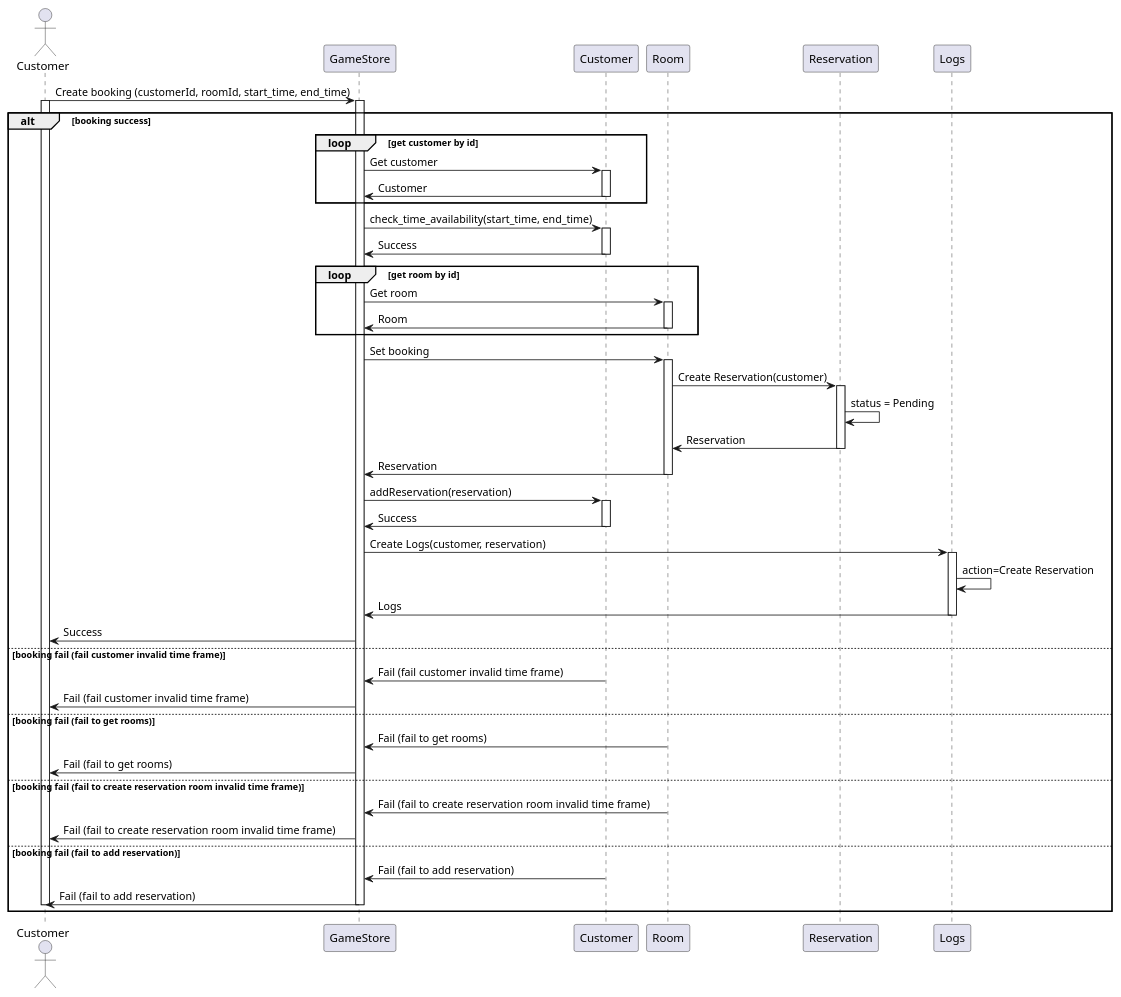
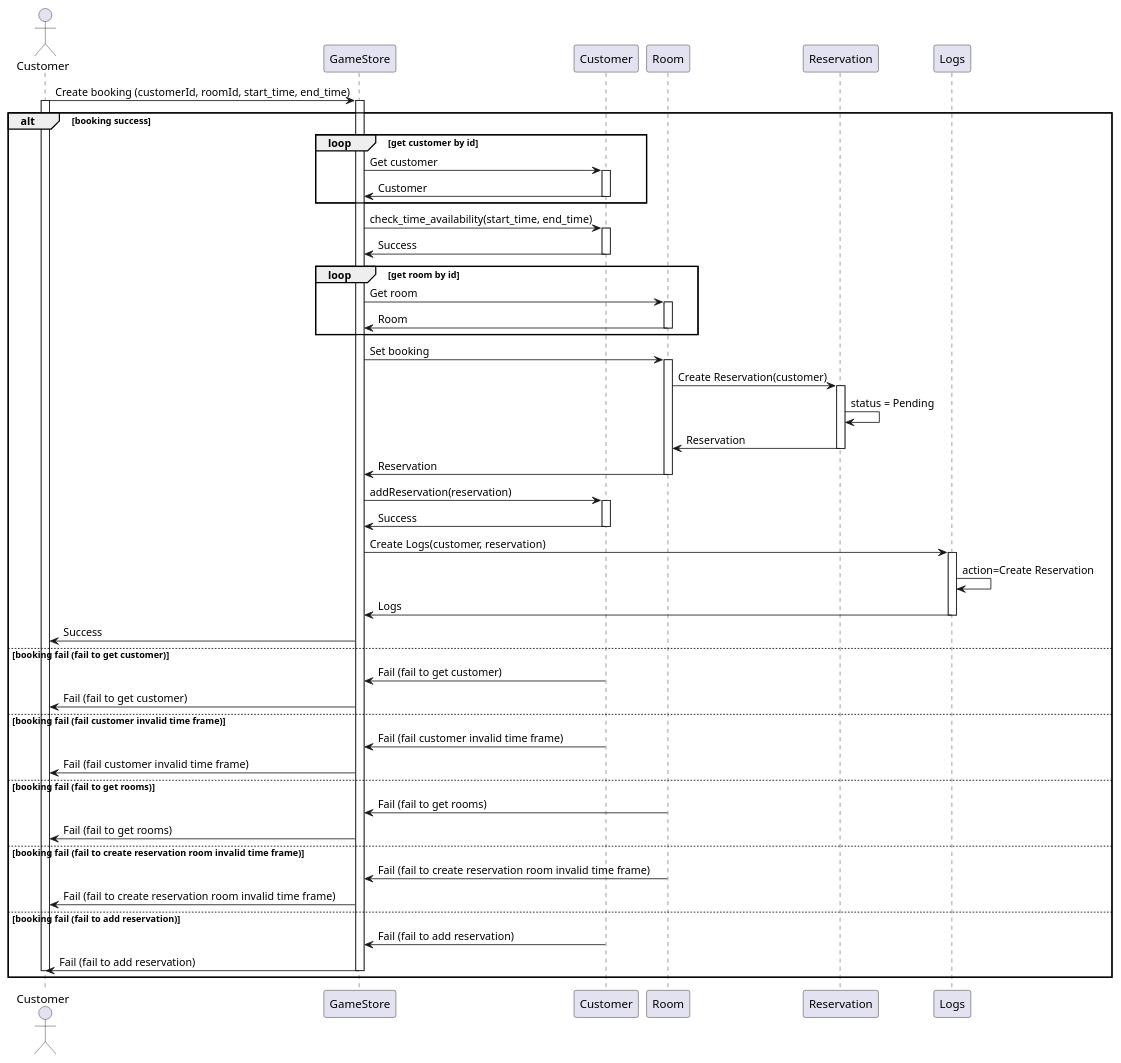
The diagram in Lab #8 sequence diagram/diagram/booking.puml (WaroonRagwongsiri/OOP), drawn with PlantUML before and after one commit.

Commit message:
update booking.puml add else for no customer

```diff
--- a/Lab #8 sequence diagram/diagram/booking.puml
+++ b/Lab #8 sequence diagram/diagram/booking.puml
@@ -1,95 +1,100 @@
 @startuml UsecaseSequenceDiagram
 
 actor Customer as A_Customer
 
 participant GameStore
 participant Customer as P_Customer
 participant Room
 participant Reservation
 participant Logs
 
 A_Customer -> GameStore : Create booking (customerId, roomId, start_time, end_time)
 activate A_Customer
 activate GameStore
 
 alt booking success
 
 	loop get customer by id
 
 		GameStore -> P_Customer: Get customer
 		activate P_Customer
 
 		P_Customer -> GameStore : Customer
 		deactivate P_Customer
 
 	end
 
 	GameStore -> P_Customer : check_time_availability(start_time, end_time)
 	activate P_Customer
 
 	P_Customer -> GameStore : Success
 	deactivate P_Customer
 
 	loop get room by id
 
 		GameStore -> Room : Get room
 		activate Room
 
 		Room -> GameStore : Room
 		deactivate Room
 
 	end
 
 	GameStore -> Room : Set booking
 	activate Room
 
 	Room -> Reservation : Create Reservation(customer)
 	activate Reservation
 	Reservation -> Reservation : status = Pending
 	Reservation -> Room : Reservation
 	deactivate Reservation
 
 	Room -> GameStore : Reservation
 	deactivate Room
 
 	GameStore -> P_Customer : addReservation(reservation)
 	activate P_Customer
 	P_Customer -> GameStore : Success
 	deactivate P_Customer
 
 	GameStore -> Logs : Create Logs(customer, reservation)
 	activate Logs
 	Logs -> Logs : action=Create Reservation
 	Logs -> GameStore : Logs
 	deactivate Logs
 
 	GameStore -> A_Customer : Success
 
+else booking fail (fail to get customer)
+
+	P_Customer -> GameStore : Fail (fail to get customer)
+	GameStore -> A_Customer : Fail (fail to get customer)
+
 else booking fail (fail customer invalid time frame)
 
 	P_Customer -> GameStore : Fail (fail customer invalid time frame)
 	
 	GameStore -> A_Customer : Fail (fail customer invalid time frame)
 
 else booking fail (fail to get rooms)
 
 	Room -> GameStore : Fail (fail to get rooms)
 	GameStore -> A_Customer : Fail (fail to get rooms)
 
 else booking fail (fail to create reservation room invalid time frame)
 
 	Room -> GameStore : Fail (fail to create reservation room invalid time frame)
 	GameStore -> A_Customer : Fail (fail to create reservation room invalid time frame)
 
 else booking fail (fail to add reservation)
 
 	P_Customer -> GameStore : Fail (fail to add reservation)
 
 	GameStore -> A_Customer : Fail (fail to add reservation)
 
 	deactivate GameStore
 	deactivate A_Customer
 
 end
 
 @enduml
```
